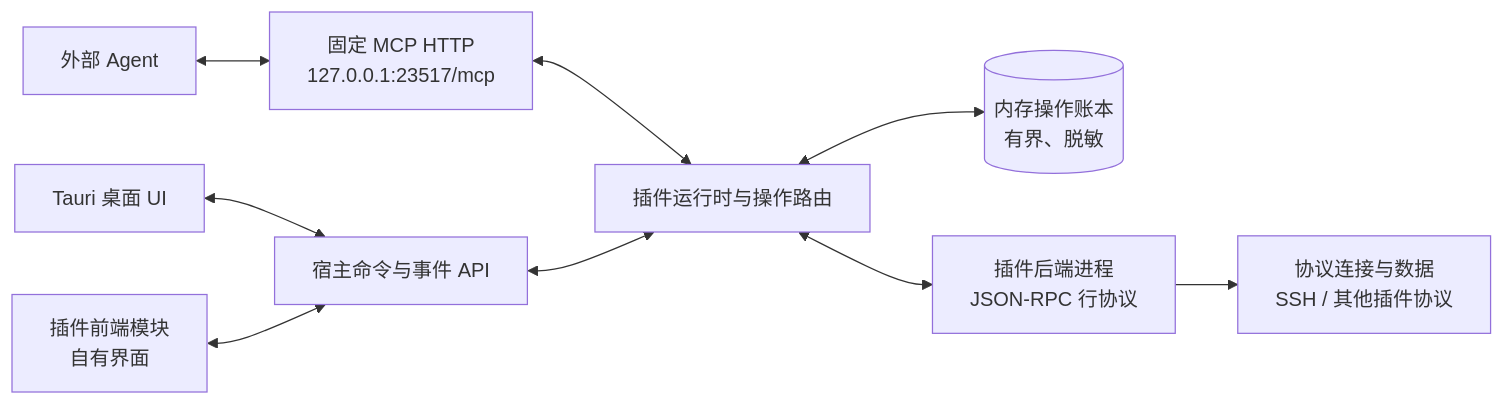
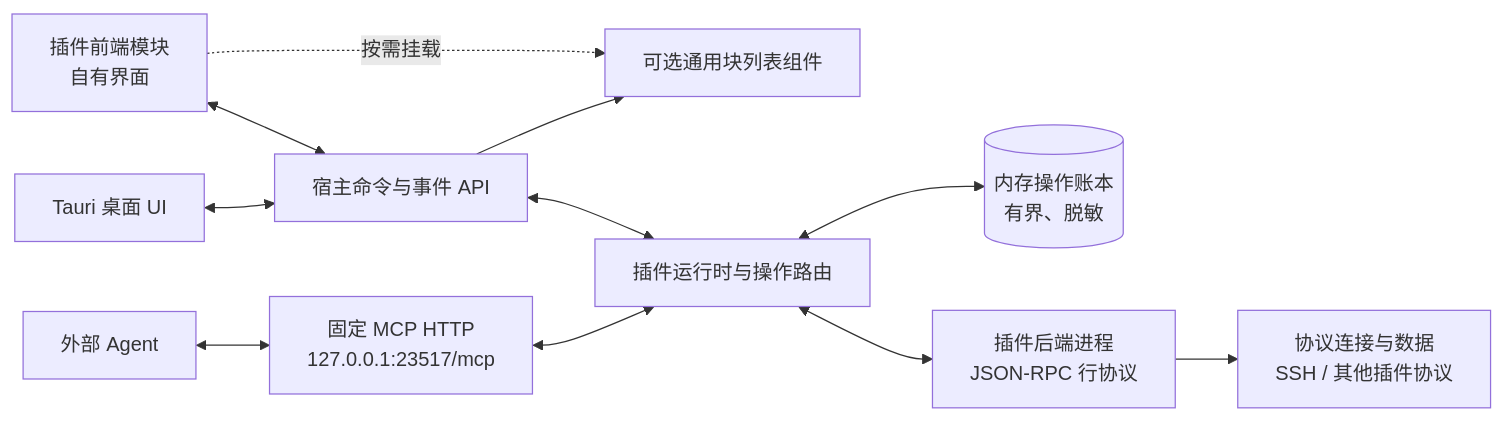
One commit to RoadToSea/Coterm changed the first of 2 diagrams in docs/architecture/current-architecture.md. Above: the diagram before and after it, drawn with Mermaid. The commit also changed 5 other files, not shown here.

````diff
--- a/docs/architecture/current-architecture.md
+++ b/docs/architecture/current-architecture.md
@@ -7,21 +7,24 @@
 ```mermaid
 flowchart LR
     Agent[外部 Agent]
     MCP[固定 MCP HTTP<br/>127.0.0.1:23517/mcp]
     Desktop[Tauri 桌面 UI]
     HostAPI[宿主命令与事件 API]
+    CommonUI[可选通用块列表组件]
     Core[插件运行时与操作路由]
     Ledger[(内存操作账本<br/>有界、脱敏)]
     PluginUI[插件前端模块<br/>自有界面]
     Plugin[插件后端进程<br/>JSON-RPC 行协议]
     Protocol[协议连接与数据<br/>SSH / 其他插件协议]
 
     Agent <--> MCP
     MCP <--> Core
     Desktop <--> HostAPI
     HostAPI <--> Core
     PluginUI <--> HostAPI
+    HostAPI --> CommonUI
+    PluginUI -. 按需挂载 .-> CommonUI
     Core <--> Ledger
     Core <--> Plugin
     Plugin --> Protocol
 ```
````
